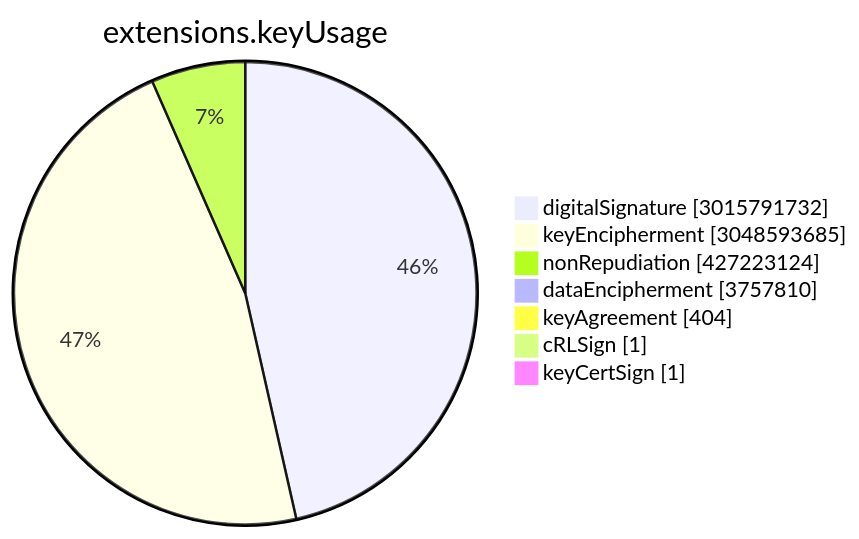
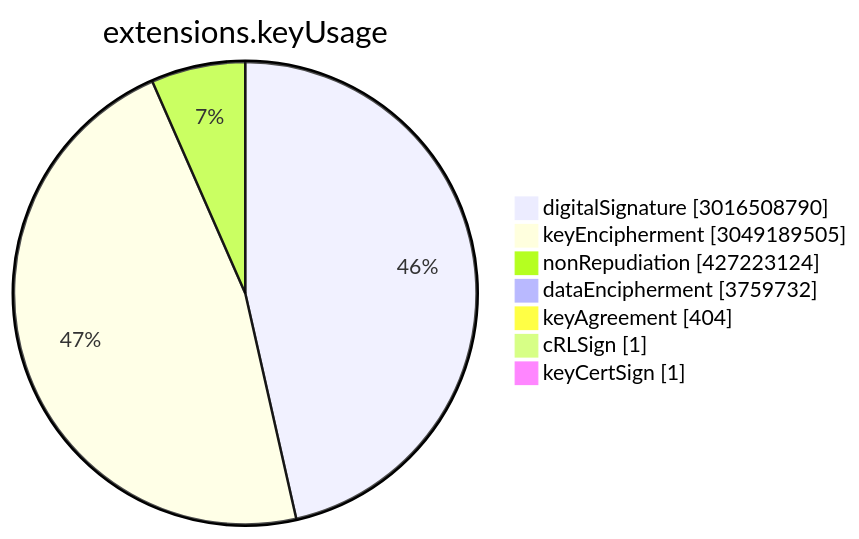
The sixth of 15 diagrams in TOTAL/README.md (christiankrug/ctmonitor_visualization), drawn with Mermaid before and after one commit. The commit also changed other lines of this file, not shown here.

````diff
--- a/TOTAL/README.md
+++ b/TOTAL/README.md
@@ -3077,11 +3077,11 @@
 ```mermaid
 pie showData
 title extensions.keyUsage
-"digitalSignature" :3015791732
-"keyEncipherment" :3048593685
+"digitalSignature" :3016508790
+"keyEncipherment" :3049189505
 "nonRepudiation" :427223124
-"dataEncipherment" :3757810
+"dataEncipherment" :3759732
 "keyAgreement" :404
 "cRLSign" :1
 "keyCertSign" :1
 ```
````
